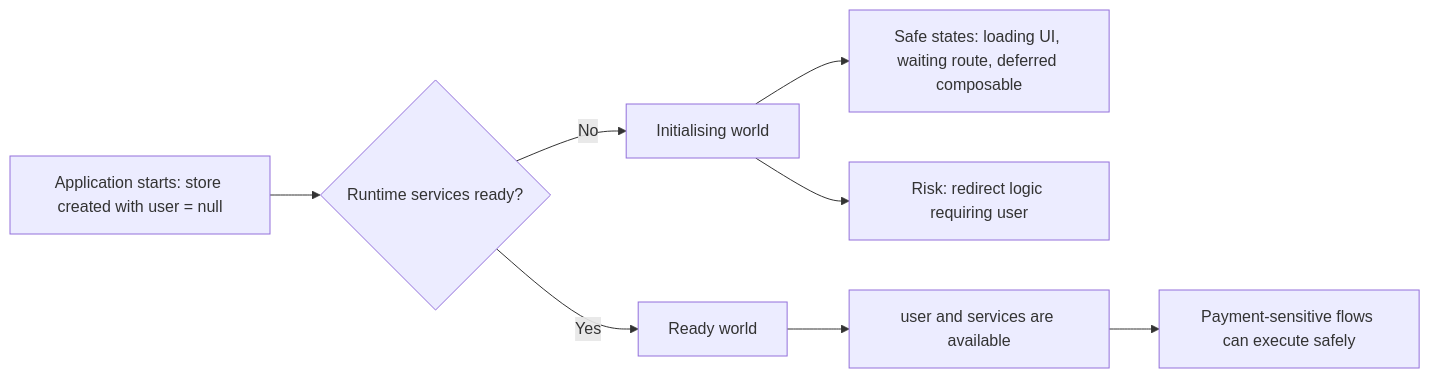
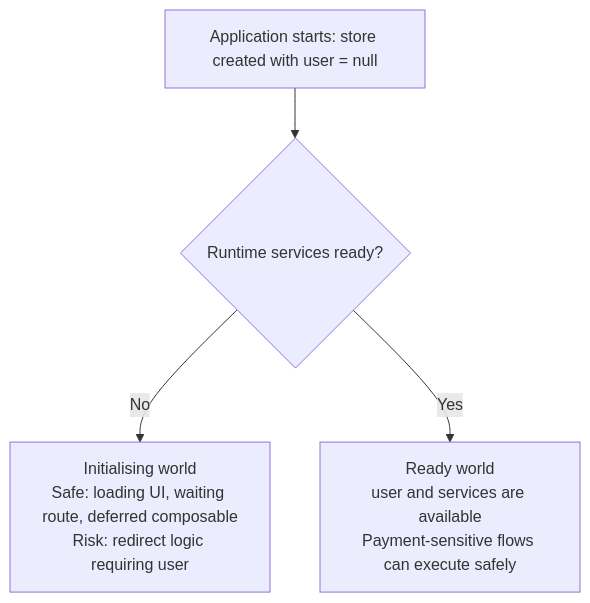
Before and after one commit to EduardoAC/eduardo-cv-frontend-web: the diagram in content/posts/the-initialisation-trap-in-typescript.md, drawn with Mermaid. The commit also changed 2 other files, not shown here.

Commit message:
Improve style further

````diff
--- a/content/posts/the-initialisation-trap-in-typescript.md
+++ b/content/posts/the-initialisation-trap-in-typescript.md
@@ -78,13 +78,8 @@
 ```mermaid
-flowchart LR
+flowchart TD
   A["Application starts: store created with user = null"]
   A --> B{Runtime services ready?}
 
-  B -- No --> C[Initialising world]
-  C --> D["Safe states: loading UI, waiting route, deferred composable"]
-  C --> E["Risk: redirect logic requiring user"]
-
-  B -- Yes --> F[Ready world]
-  F --> G["user and services are available"]
-  G --> H["Payment-sensitive flows can execute safely"]
+  B -- No --> C["Initialising world<br/>Safe: loading UI, waiting route, deferred composable<br/>Risk: redirect logic requiring user"]
+  B -- Yes --> D["Ready world<br/>user and services are available<br/>Payment-sensitive flows can execute safely"]
 ```
````
